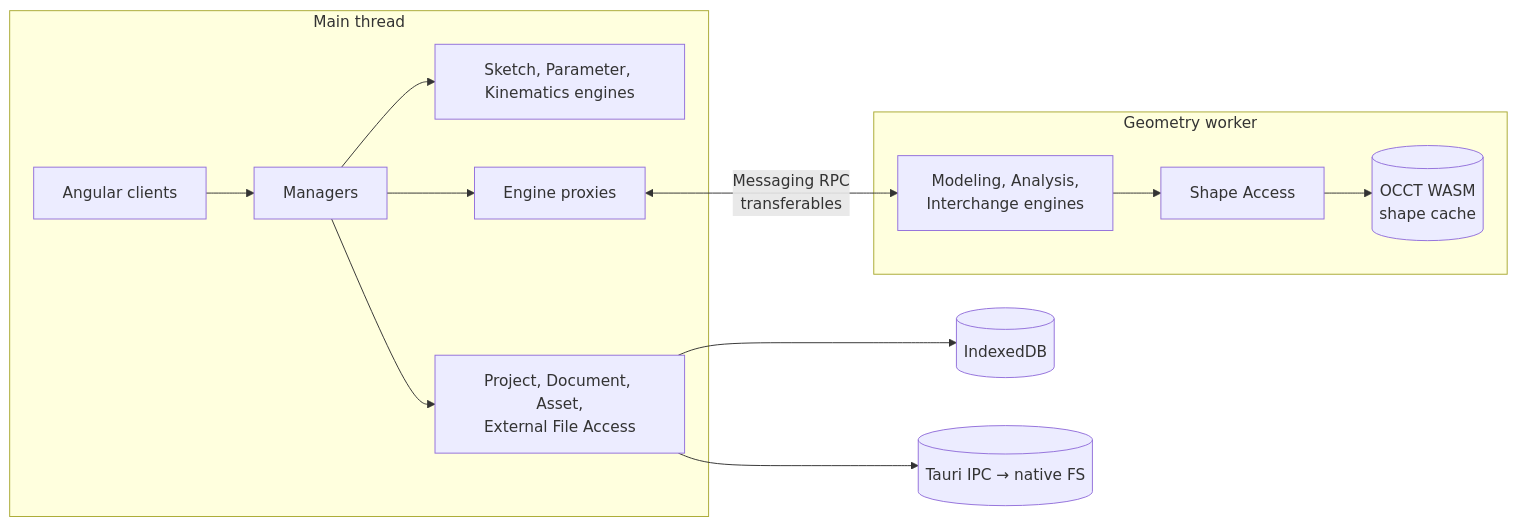
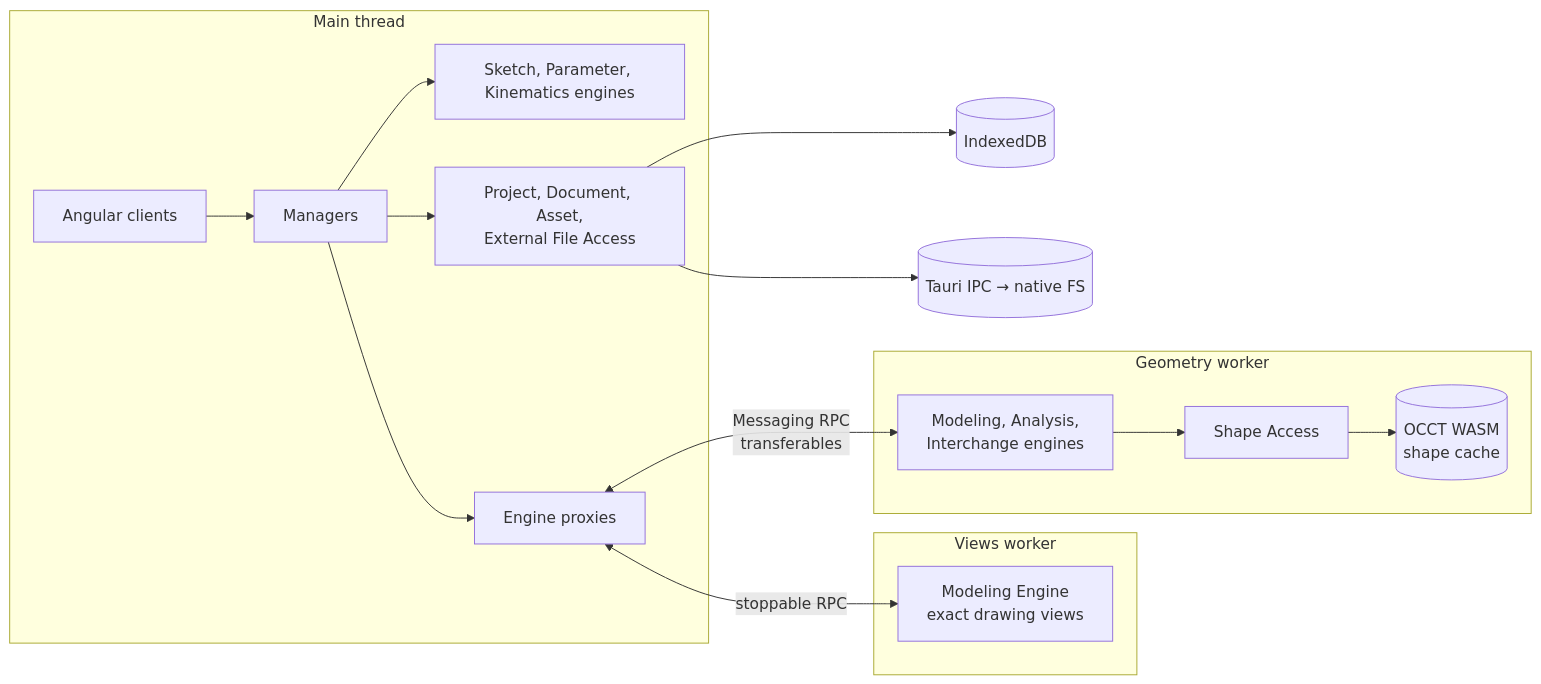
The second of 2 diagrams in docs/Architecture.md (h3ll5ur7er/CADence), drawn with Mermaid before and after one commit. The commit also changed other lines of this file and 40 other files, not shown here.

First line of the commit message:
CAD-125 to CAD-128: Drawing views within a time limit, views of configurations, more to dimension, short answers

````diff
--- a/docs/Architecture.md
+++ b/docs/Architecture.md
@@ -119,15 +119,18 @@
 ```mermaid
 flowchart LR
   subgraph Main[Main thread]
     UI[Angular clients] --> MGR[Managers]
     MGR --> LIGHT[Sketch, Parameter, Kinematics engines]
     MGR --> RA[Project, Document, Asset,<br/>External File Access]
     MGR --> PROXY[Engine proxies]
   end
   subgraph GW[Geometry worker]
     PROXY <-->|Messaging RPC<br/>transferables| GE[Modeling, Analysis,<br/>Interchange engines]
     GE --> SA2[Shape Access] --> OCCT[(OCCT WASM<br/>shape cache)]
   end
+  subgraph VW[Views worker]
+    PROXY <-->|stoppable RPC| VE[Modeling Engine<br/>exact drawing views]
+  end
   RA --> IDB[(IndexedDB)]
   RA --> TAURI[(Tauri IPC → native FS)]
 ```
````
